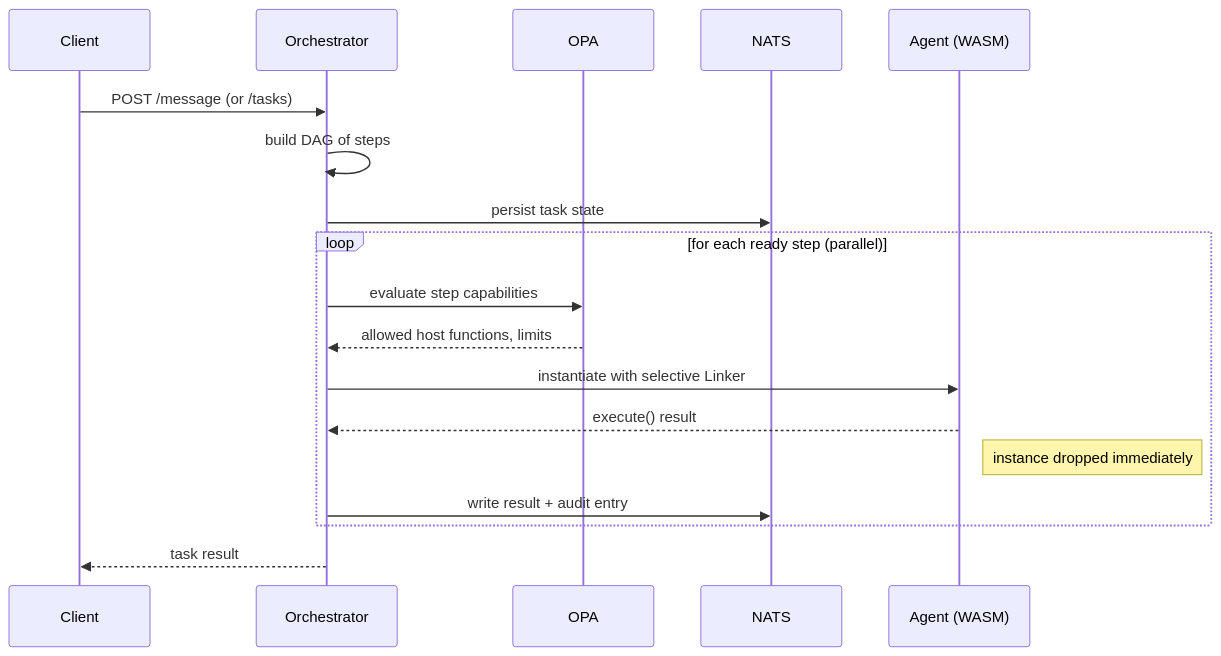
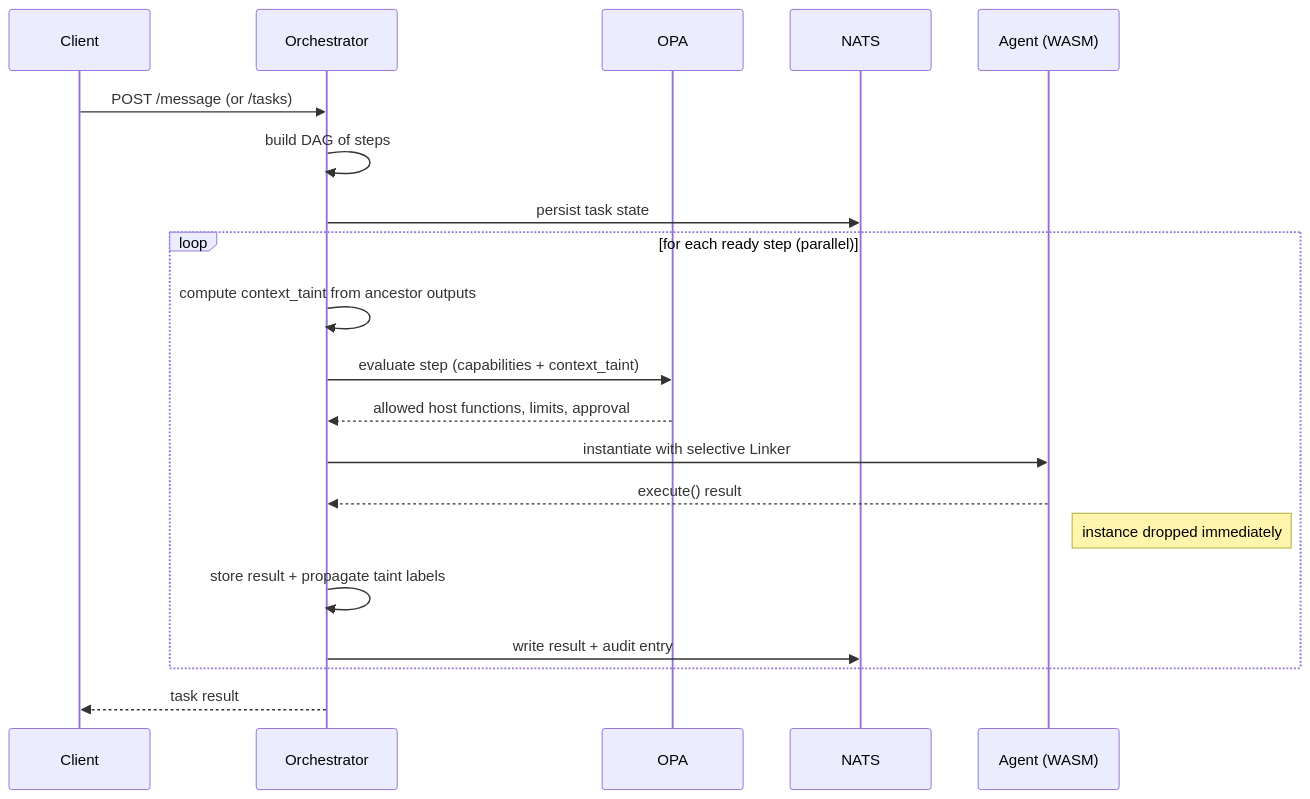
One commit to JosephTLucas/wasm_af changed the diagram in README.md. Above: the diagram before and after it, drawn with Mermaid. The commit also changed other lines of this file and 9 other files, not shown here.

````diff
--- a/README.md
+++ b/README.md
@@ -33,23 +33,25 @@
 ```mermaid
 sequenceDiagram
     participant Client
     participant Orchestrator
     participant OPA
     participant NATS
     participant Agent as Agent (WASM)
 
     Client->>Orchestrator: POST /message (or /tasks)
     Orchestrator->>Orchestrator: build DAG of steps
     Orchestrator->>NATS: persist task state
 
     loop for each ready step (parallel)
-        Orchestrator->>OPA: evaluate step capabilities
-        OPA-->>Orchestrator: allowed host functions, limits
+        Orchestrator->>Orchestrator: compute context_taint from ancestor outputs
+        Orchestrator->>OPA: evaluate step (capabilities + context_taint)
+        OPA-->>Orchestrator: allowed host functions, limits, approval
         Orchestrator->>Agent: instantiate with selective Linker
         Agent-->>Orchestrator: execute() result
         Note right of Agent: instance dropped immediately
+        Orchestrator->>Orchestrator: store result + propagate taint labels
         Orchestrator->>NATS: write result + audit entry
     end
 
     Orchestrator-->>Client: task result
 ```
````
